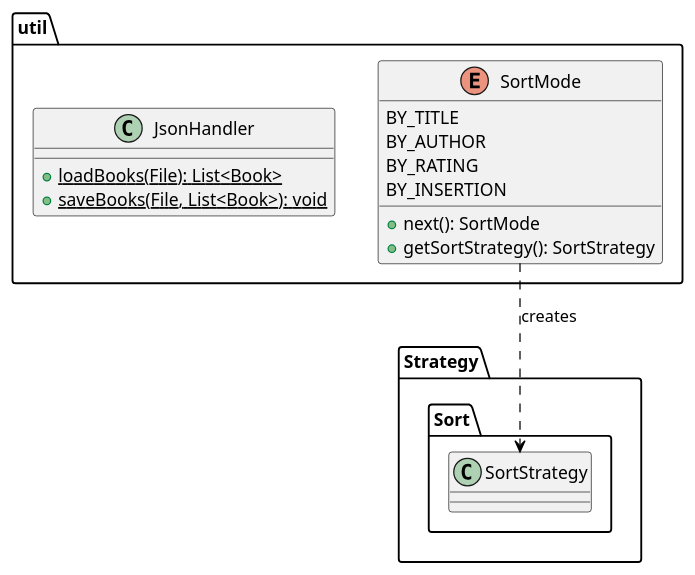
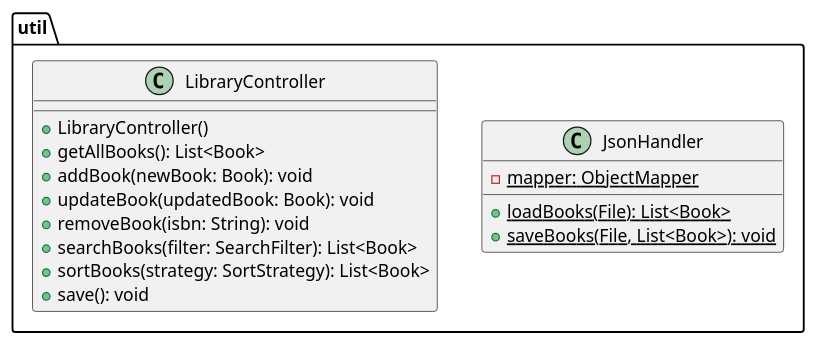
Before and after one commit to CaputoCristian/LibreriaPersonale: the diagram in src/UML/Component/UtilCompontDiagram.puml, drawn with PlantUML. The commit also changed 11 other files, not shown here.

Commit message:
Eliminazioni classi e import inutilizzati, Nuovi UML

```diff
--- a/src/UML/Component/UtilCompontDiagram.puml
+++ b/src/UML/Component/UtilCompontDiagram.puml
@@ -1,35 +1,29 @@
 @startuml Util Diagram
 
 skinparam class {
     BackgroundColor<<Utility>> LightGray
     BorderColor Black
     ArrowColor Black
 }
 
 package "util" {
-    enum SortMode {
-        BY_TITLE
-        BY_AUTHOR
-        BY_RATING
-        BY_INSERTION
-        + next(): SortMode
-        + getSortStrategy(): SortStrategy
-    }
 
     class JsonHandler {
+        - {static} mapper: ObjectMapper
         + {static} loadBooks(File): List<Book>
         + {static} saveBooks(File, List<Book>): void
     }
+
+    class LibraryController {
+    + LibraryController()
+    + getAllBooks(): List<Book>
+    + addBook(newBook: Book): void
+    + updateBook(updatedBook: Book): void
+    + removeBook(isbn: String): void
+    + searchBooks(filter: SearchFilter): List<Book>
+    + sortBooks(strategy: SortStrategy): List<Book>
+    + save(): void
+    }
 }
 
-package "Strategy.Sort" {
-    class SortStrategy {
-    }
-
-}
-
-
-' Relazioni
-SortMode ..>  SortStrategy : creates
-
 @enduml
```
